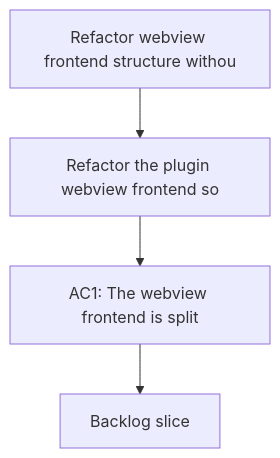
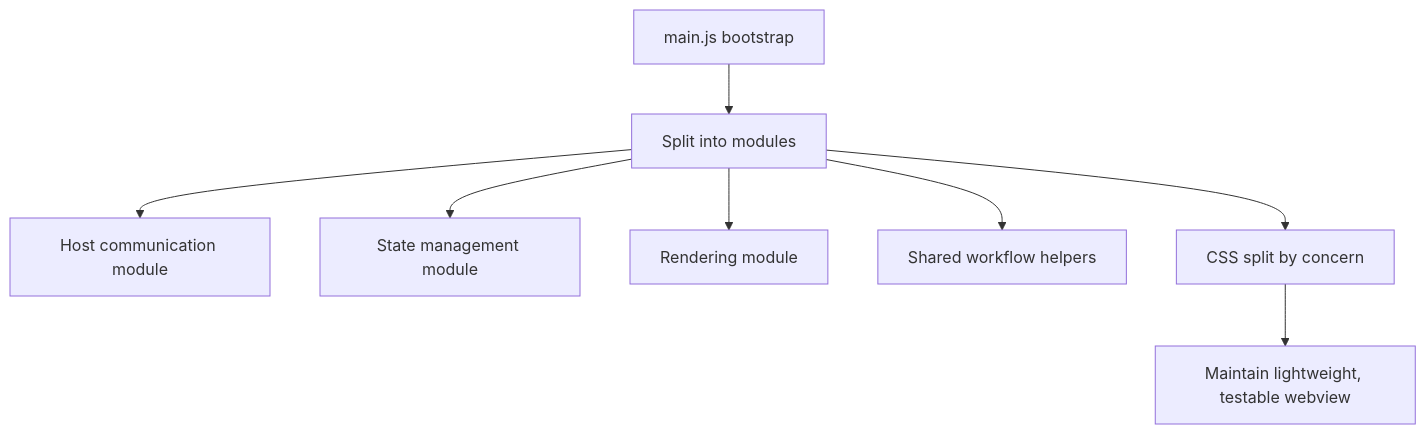
One commit to AlexAgo83/logics-manager changed the diagram in logics/request/req_026_refactor_webview_frontend_structure_without_introducing_a_full_framework.md. Above: the diagram before and after it, drawn with Mermaid. The commit also changed other lines of this file and 54 other files, not shown here.

````diff
--- a/logics/request/req_026_refactor_webview_frontend_structure_without_introducing_a_full_framework.md
+++ b/logics/request/req_026_refactor_webview_frontend_structure_without_introducing_a_full_framework.md
@@ -37,8 +37,12 @@
 ```mermaid
 %% logics-kind: request
 %% logics-signature: request|refactor-webview-frontend-structure-with|refactor-the-plugin-webview-frontend-so|ac1-the-webview-frontend-is-split
 flowchart TD
-    Trigger[Refactor webview frontend structure withou] --> Need[Refactor the plugin webview frontend so]
-    Need --> Outcome[AC1: The webview frontend is split]
-    Outcome --> Backlog[Backlog slice]
+    Entry[main.js bootstrap] --> Modules[Split into modules]
+    Modules --> HostComm[Host communication module]
+    Modules --> State[State management module]
+    Modules --> Render[Rendering module]
+    Modules --> Helpers[Shared workflow helpers]
+    Modules --> CSS[CSS split by concern]
+    CSS --> Outcome[Maintain lightweight, testable webview]
 ```
````
